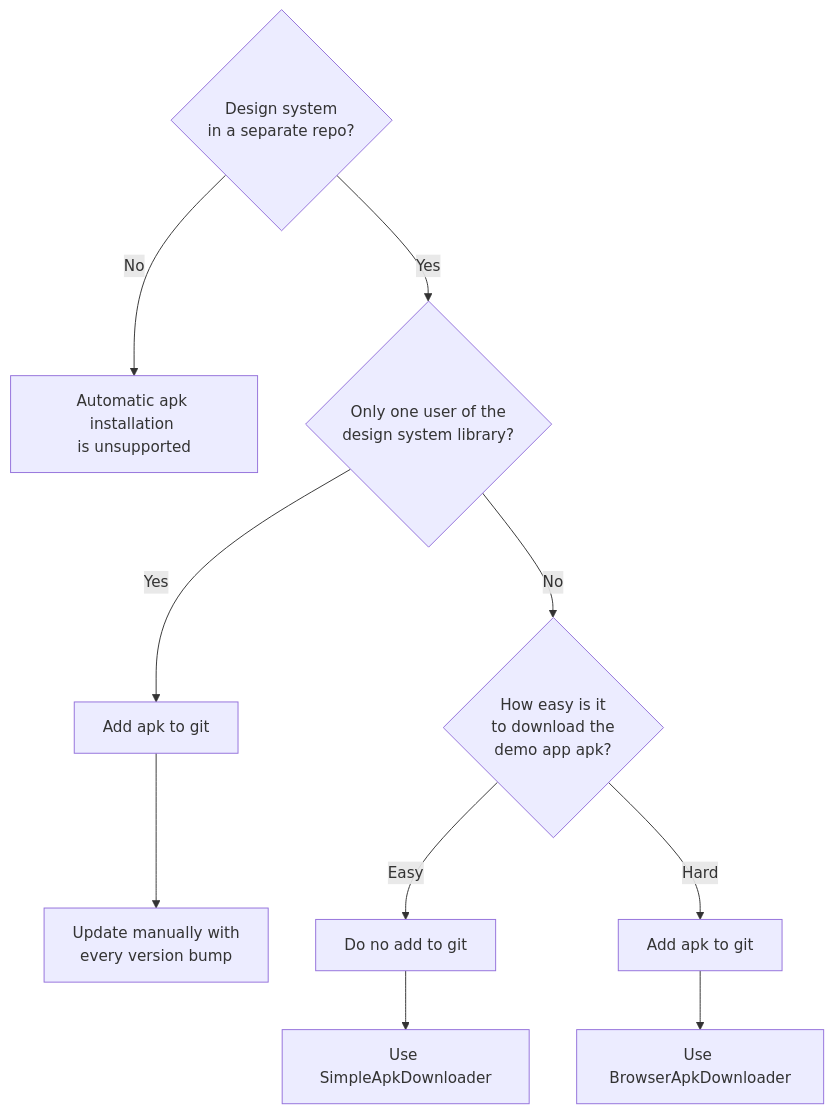
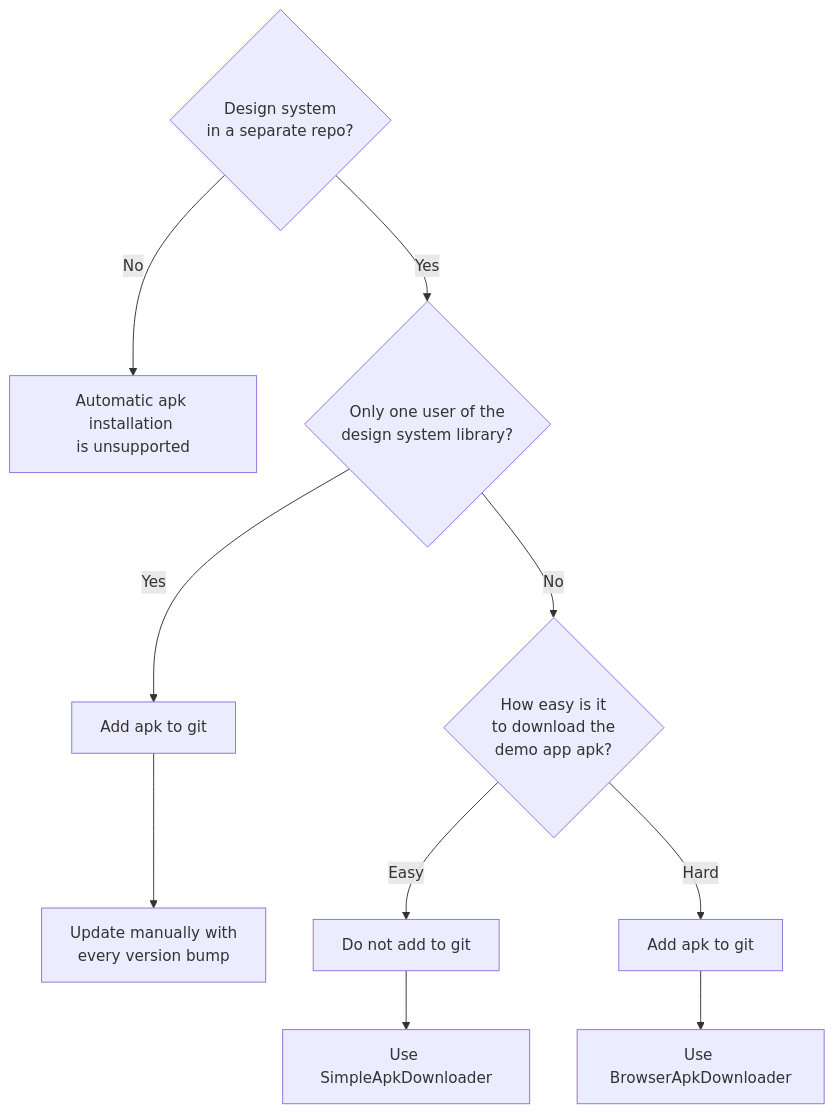
One commit to ozontech/kelp changed the diagram in README.md. Above: the diagram before and after it, drawn with Mermaid. The commit also changed other lines of this file, not shown here.

````diff
--- a/README.md
+++ b/README.md
@@ -435,11 +435,11 @@
 ```mermaid
 flowchart TD
     SeparateRepo{Design system <br>in a separate repo?}
     SeparateRepo -->|No| NotSupported[Automatic apk installation <br>is unsupported]
     SeparateRepo -->|Yes| IsOneUser{Only one user of the <br>design system library?}
     IsOneUser -->|Yes| ManualAddToGit[Add apk to git] --> ManualUpdate[Update manually with <br>every version bump]
     IsOneUser -->|No| EasyDownloading{How easy is it<br> to download the <br>demo app apk?}
-    EasyDownloading -->|Easy| NoGit[Do no add to git] --> SimpleApkDownloader[Use SimpleApkDownloader]
+    EasyDownloading -->|Easy| NoGit[Do not add to git] --> SimpleApkDownloader[Use SimpleApkDownloader]
     EasyDownloading -->|Hard| AddToGit[Add apk to git] --> BrowserApkDownloader[Use BrowserApkDownloader]
     
 ```
````
